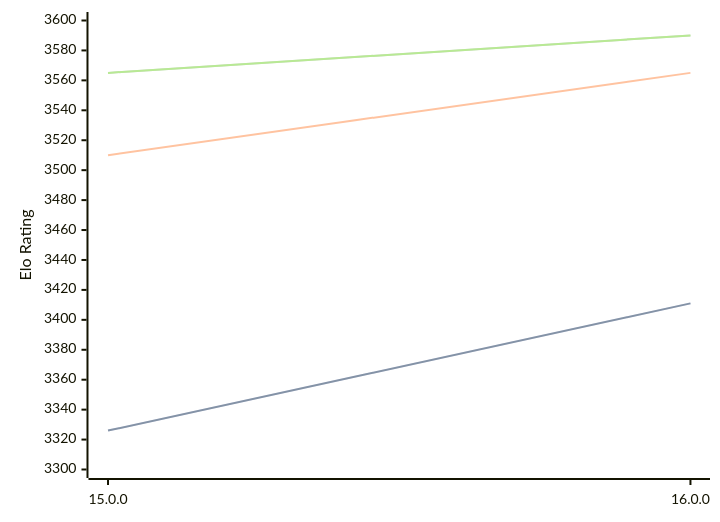
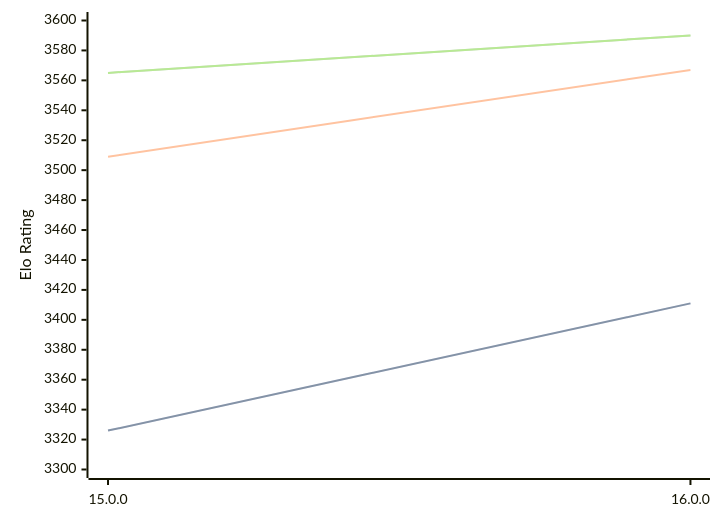
One commit to computer-chess-index/cci changed the diagram in engines/Halogen.md. Above: the diagram before and after it, drawn with Mermaid. The commit also changed other lines of this file, not shown here.

````diff
--- a/engines/Halogen.md
+++ b/engines/Halogen.md
@@ -48,11 +48,11 @@
 ```mermaid
 %%{init: {"theme":"base","themeVariables":{"seriesColors:['#a3a3a3','#222221','#faa371']}}}%%
 xychart-beta
   x-axis ["15.0.0", "16.0.0"]
   y-axis "Elo Rating" 3300 --> 3600
   line "STC (8.0+0.08s)" [3326, 3411]
   line "STC (8.0+0.08s)" [3326, 3411]
-  line "LTC (60.0+0.60s)" [3510, 3565]
+  line "LTC (60.0+0.60s)" [3509, 3567]
   line "VLTC (2m24s+1.12s)" [3565, 3590]
   line "VLTC (2m24s+1.12s)" [3565, 3590]
 ```
````
